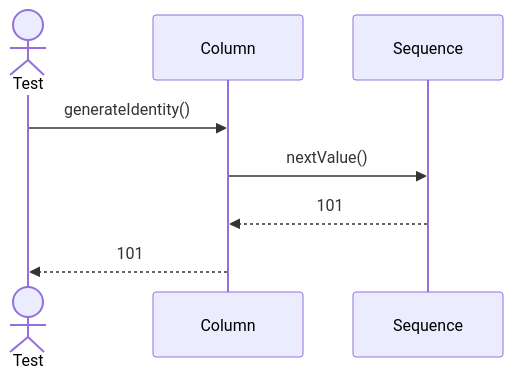
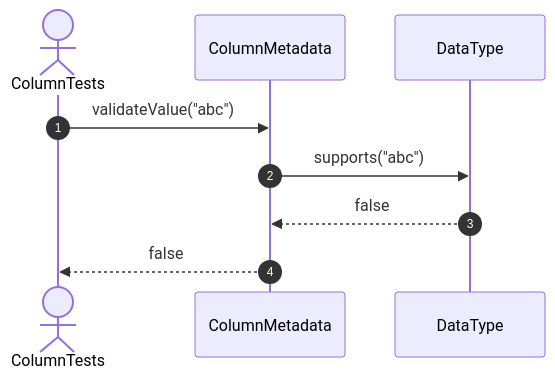
Before and after one commit to FhuAnn/-bbv-AN-s-DBMS: the seventh of 18 diagrams in src/tests/unit/metadata/sequences/columns-testing.se.md, drawn with Mermaid. The commit also changed other lines of this file and 60 other files, not shown here.

Commit message:
refactor data table, row, column, constraint, index test file

````diff
--- a/src/tests/unit/metadata/sequences/columns-testing.se.md
+++ b/src/tests/unit/metadata/sequences/columns-testing.se.md
@@ -112,14 +101,12 @@
 ```mermaid
 sequenceDiagram
-actor Test
-participant Column
-participant Sequence
+    autonumber
+    actor Test as ColumnTests
+    participant Column as ColumnMetadata
+    participant Type as DataType
 
-Test->>Column: generateIdentity()
-
-Column->>Sequence: nextValue()
-
-Sequence-->>Column: 101
-
-Column-->>Test: 101
+    Test->>Column: validateValue("abc")
+    Column->>Type: supports("abc")
+    Type-->>Column: false
+    Column-->>Test: false
 ```
````
